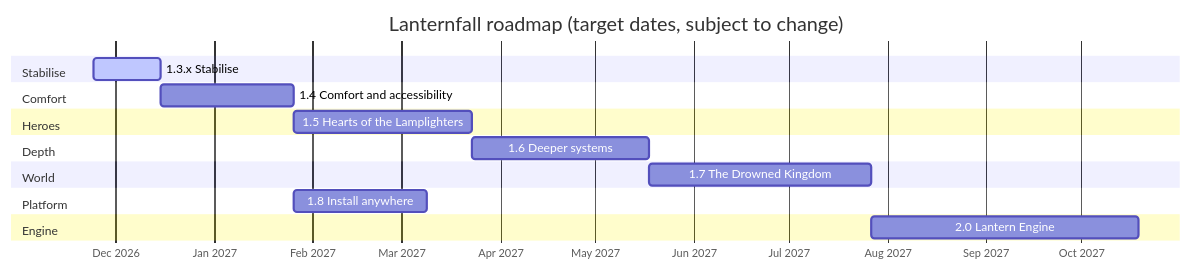
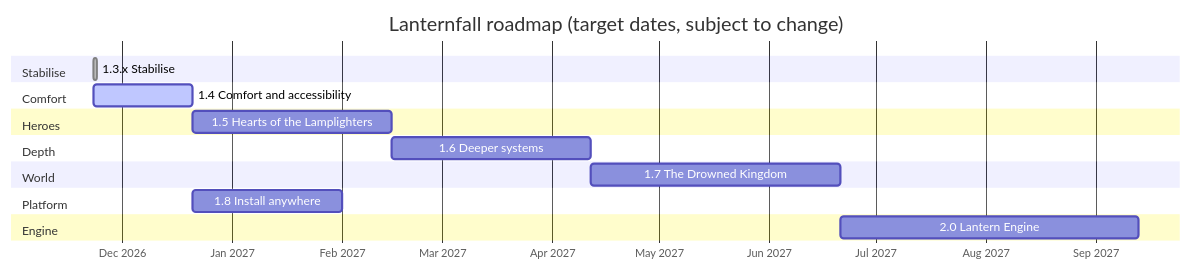
One commit to CptNope/Laternfall changed the third of 11 diagrams in ROADMAP.md. Above: the diagram before and after it, drawn with Mermaid. The commit also changed other lines of this file and 22 other files, not shown here.

````diff
--- a/ROADMAP.md
+++ b/ROADMAP.md
@@ -92,20 +93,20 @@
 ```mermaid
 gantt
     title Lanternfall roadmap (target dates, subject to change)
     dateFormat YYYY-MM-DD
     axisFormat %b %Y
     section Stabilise
-    1.3.x Stabilise                  :active, m13, 2026-11-24, 3w
+    1.3.x Stabilise                  :done, m13, 2026-11-23, 1d
     section Comfort
-    1.4 Comfort and accessibility    :m14, after m13, 6w
+    1.4 Comfort and accessibility    :active, m14, 2026-11-23, 4w
     section Heroes
     1.5 Hearts of the Lamplighters   :m15, after m14, 8w
     section Depth
     1.6 Deeper systems               :m16, after m15, 8w
     section World
     1.7 The Drowned Kingdom          :m17, after m16, 10w
     section Platform
     1.8 Install anywhere             :m18, after m14, 6w
     section Engine
     2.0 Lantern Engine               :m20, after m17, 12w
 ```
````
